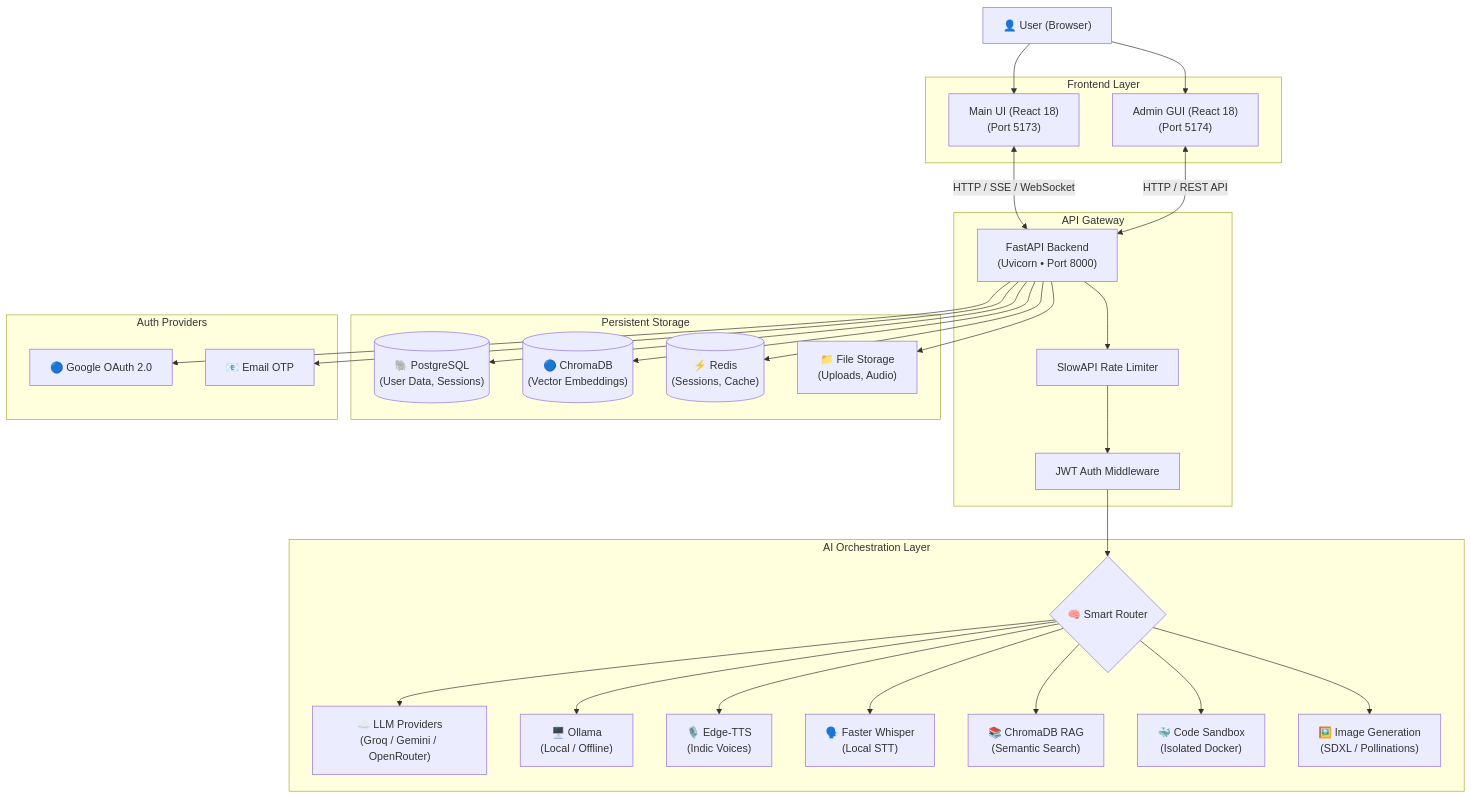
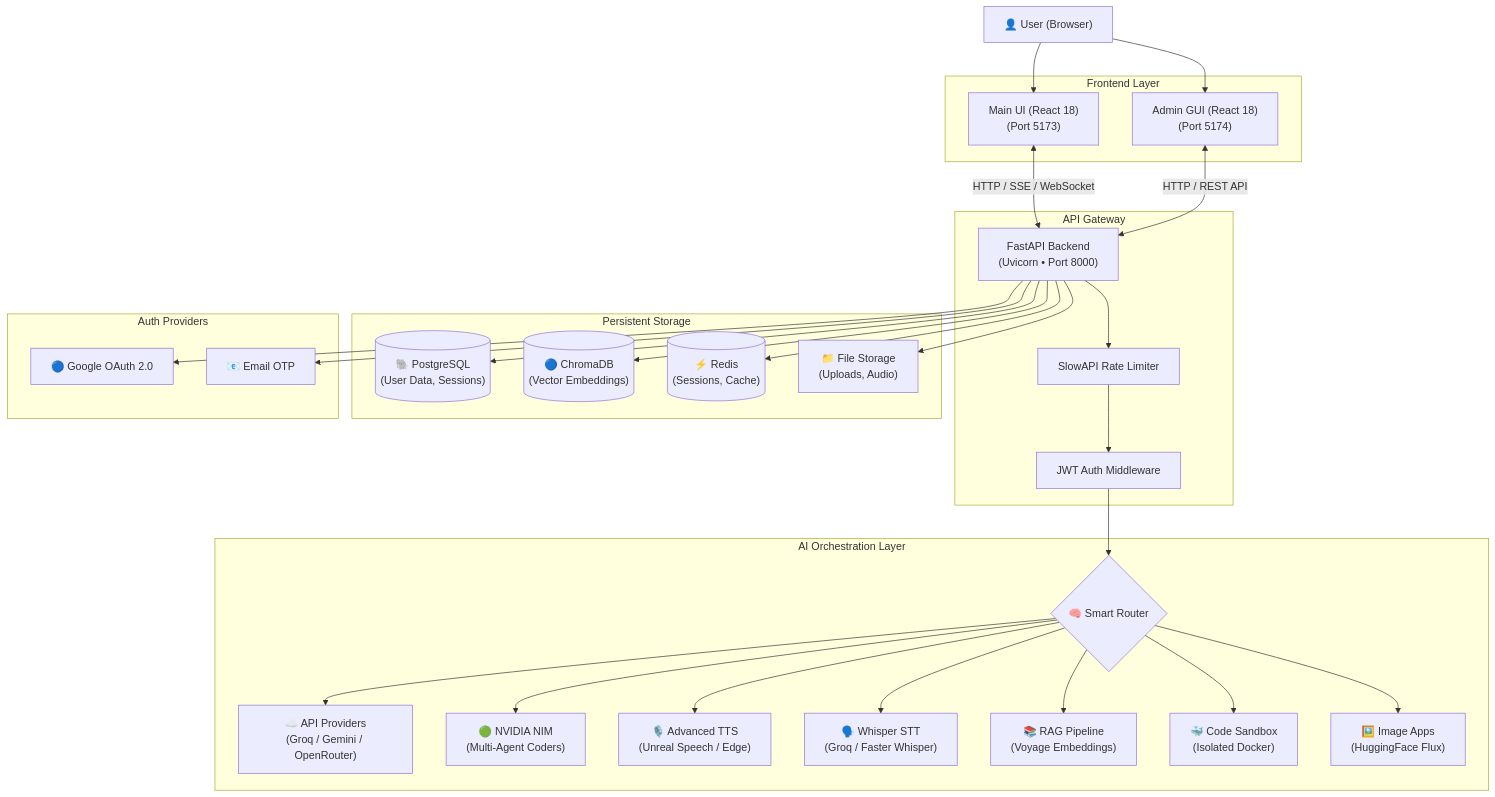
One commit to gugulothubhavith/AI-Chatbot-InfiChat changed the diagram in README.md. Above: the diagram before and after it, drawn with Mermaid. The commit also changed other lines of this file and 153 other files, not shown here.

````diff
--- a/README.md
+++ b/README.md
@@ -217,58 +216,58 @@
 ```mermaid
 graph TD
     User["👤 User (Browser)"]
 
     subgraph "Frontend Layer"
         UI["Main UI (React 18)\n(Port 5173)"]
         AdminUI["Admin GUI (React 18)\n(Port 5174)"]
     end
 
     subgraph "API Gateway"
         API["FastAPI Backend\n(Uvicorn • Port 8000)"]
         RL["SlowAPI Rate Limiter"]
         JWT["JWT Auth Middleware"]
     end
 
     subgraph "AI Orchestration Layer"
         Router{"🧠 Smart Router"}
-        LLM["☁️ LLM Providers\n(Groq / Gemini / OpenRouter)"]
-        Ollama["🖥️ Ollama\n(Local / Offline)"]
-        TTS["🎙️ Edge-TTS\n(Indic Voices)"]
-        STT["🗣️ Faster Whisper\n(Local STT)"]
-        RAG["📚 ChromaDB RAG\n(Semantic Search)"]
+        LLM["☁️ API Providers\n(Groq / Gemini / OpenRouter)"]
+        NVIDIA["🟢 NVIDIA NIM\n(Multi-Agent Coders)"]
+        TTS["🎙️ Advanced TTS\n(Unreal Speech / Edge)"]
+        STT["🗣️ Whisper STT\n(Groq / Faster Whisper)"]
+        RAG["📚 RAG Pipeline\n(Voyage Embeddings)"]
         Sandbox["🐳 Code Sandbox\n(Isolated Docker)"]
-        ImgGen["🖼️ Image Generation\n(SDXL / Pollinations)"]
+        ImgGen["🖼️ Image Apps\n(HuggingFace Flux)"]
     end
 
     subgraph "Persistent Storage"
         PG[("🐘 PostgreSQL\n(User Data, Sessions)")]
         VDB[("🔵 ChromaDB\n(Vector Embeddings)")]
         Cache[("⚡ Redis\n(Sessions, Cache)")]
         Files["📁 File Storage\n(Uploads, Audio)"]
     end
 
     subgraph "Auth Providers"
         Google["🔵 Google OAuth 2.0"]
         OTP["📧 Email OTP"]
     end
 
     User --> UI
     User --> AdminUI
     UI <-->|"HTTP / SSE / WebSocket"| API
     AdminUI <-->|"HTTP / REST API"| API
     API --> RL --> JWT
     JWT --> Router
     Router --> LLM
-    Router --> Ollama
+    Router --> NVIDIA
     Router --> TTS
     Router --> STT
     Router --> RAG
     Router --> Sandbox
     Router --> ImgGen
     API --> PG
     API --> VDB
     API --> Cache
     API --> Files
     API --> Google
     API --> OTP
 ```
````
